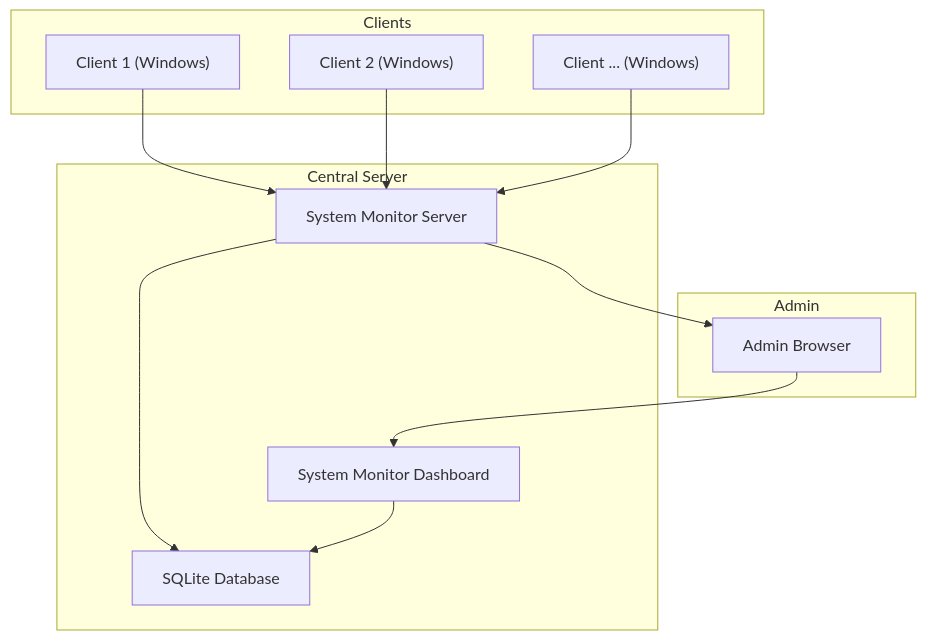
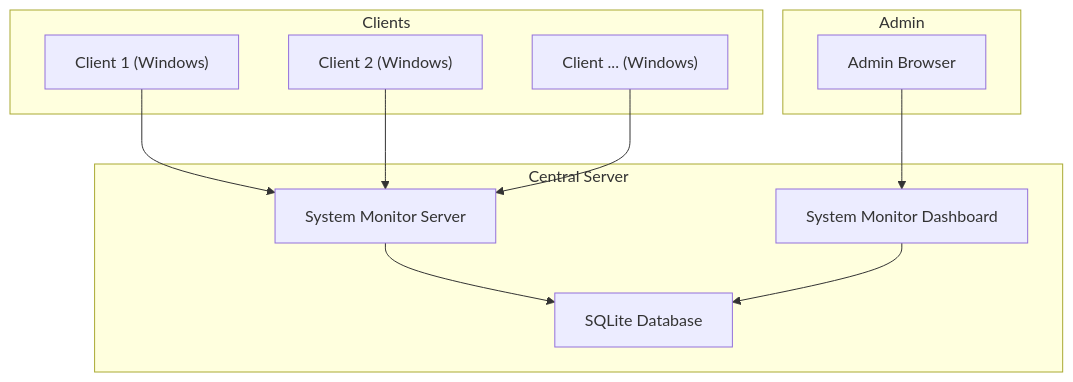
One commit to caophuocdanh/System-Monitor changed the diagram in README.md. Above: the diagram before and after it, drawn with Mermaid.

````diff
--- a/README.md
+++ b/README.md
@@ -63,27 +63,26 @@
 ```mermaid
 graph TD
     subgraph "Clients"
         C1["Client 1 (Windows)"]
         C2["Client 2 (Windows)"]
         C3["Client ... (Windows)"]
     end
 
     subgraph "Central Server"
         S["System Monitor Server"]
         DB["SQLite Database"]
         DASH["System Monitor Dashboard"]
     end
 
     subgraph "Admin"
         ADMIN["Admin Browser"]
     end
 
     C1 --> S
     C2 --> S
     C3 --> S
 
     S --> DB
-    S --> ADMIN
     DASH --> DB
     ADMIN --> DASH
 ```
````
